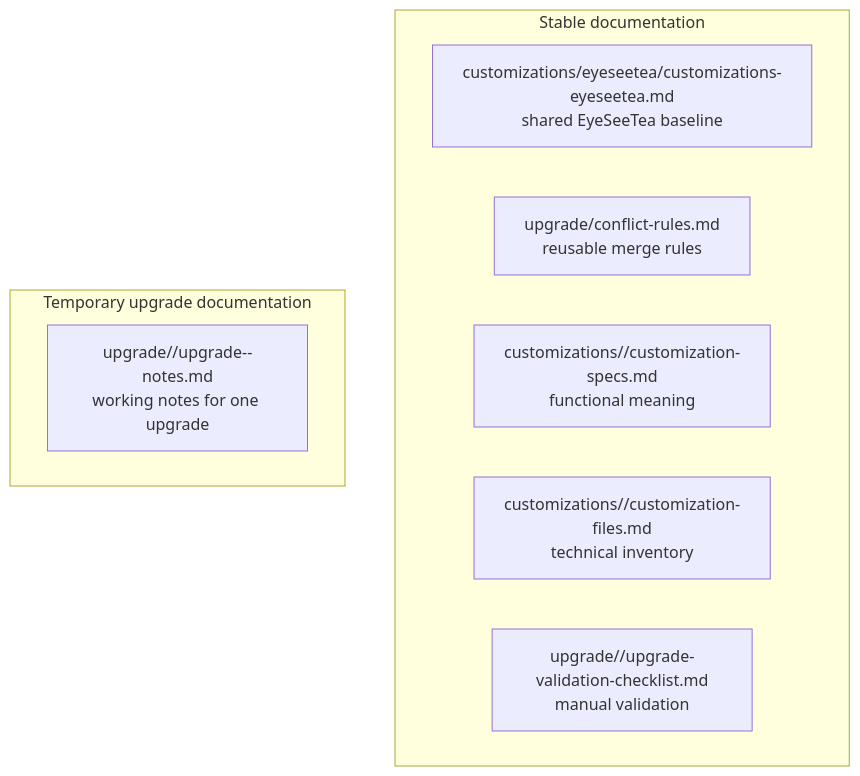
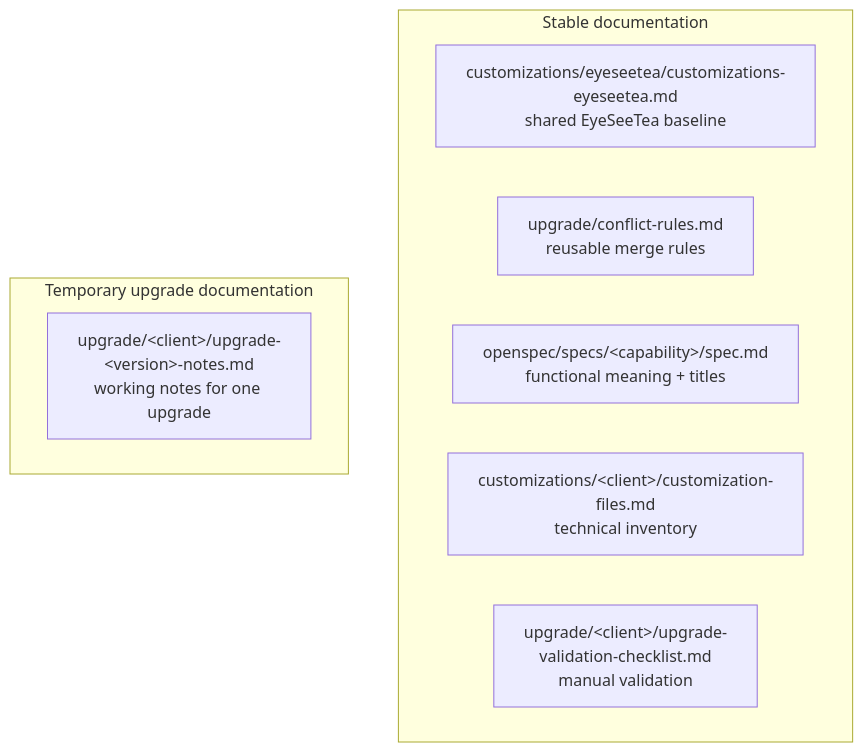
One commit to Simprints/dhis2-gg2-android-capture-app changed the sixth of 6 diagrams in eyeseetea-docs/README.md. Above: the diagram before and after it, drawn with Mermaid. The commit also changed other lines of this file and 19 other files, not shown here.

````diff
--- a/eyeseetea-docs/README.md
+++ b/eyeseetea-docs/README.md
@@ -211,14 +216,14 @@
 ```mermaid
 flowchart TD
     subgraph stable[Stable documentation]
         baselineDoc[customizations/eyeseetea/customizations-eyeseetea.md<br/>shared EyeSeeTea baseline]
         rulesDoc[upgrade/conflict-rules.md<br/>reusable merge rules]
-        specDoc[customizations/<client>/customization-specs.md<br/>functional meaning]
-        filesDoc[customizations/<client>/customization-files.md<br/>technical inventory]
-        checklistDoc[upgrade/<client>/upgrade-validation-checklist.md<br/>manual validation]
+        specDoc[openspec/specs/&lt;capability&gt;/spec.md<br/>functional meaning + titles]
+        filesDoc[customizations/&lt;client&gt;/customization-files.md<br/>technical inventory]
+        checklistDoc[upgrade/&lt;client&gt;/upgrade-validation-checklist.md<br/>manual validation]
     end
 
     subgraph temporary[Temporary upgrade documentation]
-        notesDoc[upgrade/<client>/upgrade-<version>-notes.md<br/>working notes for one upgrade]
+        notesDoc[upgrade/&lt;client&gt;/upgrade-&lt;version&gt;-notes.md<br/>working notes for one upgrade]
     end
 ```
````
